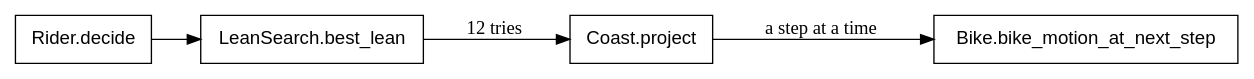
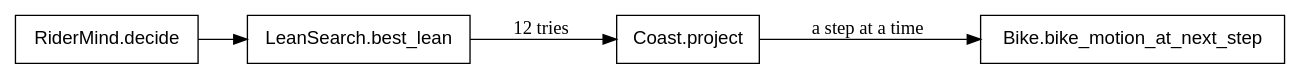
Before and after one commit to showell/roc-apps: diagram 30 of 35 in canvas_apps/safari/tutorial/tutorial.md, drawn with Graphviz. The commit also changed other lines of this file and 3 other files, not shown here.

Commit message:
Safari: rename the module Rider (the rider's mind) to RiderMind

````diff
--- a/canvas_apps/safari/tutorial/tutorial.md
+++ b/canvas_apps/safari/tutorial/tutorial.md
@@ -2317,13 +2317,13 @@
 ```dot
 digraph rehearsal {
   rankdir=LR;
   node [shape=box, fontname="Helvetica"];
-  decide [label="Rider.decide"];
+  decide [label="RiderMind.decide"];
   best [label="LeanSearch.best_lean"];
   project [label="Coast.project"];
   advance [label="Bike.bike_motion_at_next_step"];
   decide -> best;
   best -> project [label="  12 tries  "];
   project -> advance [label="  a step at a time  "];
 }
 ```
````
